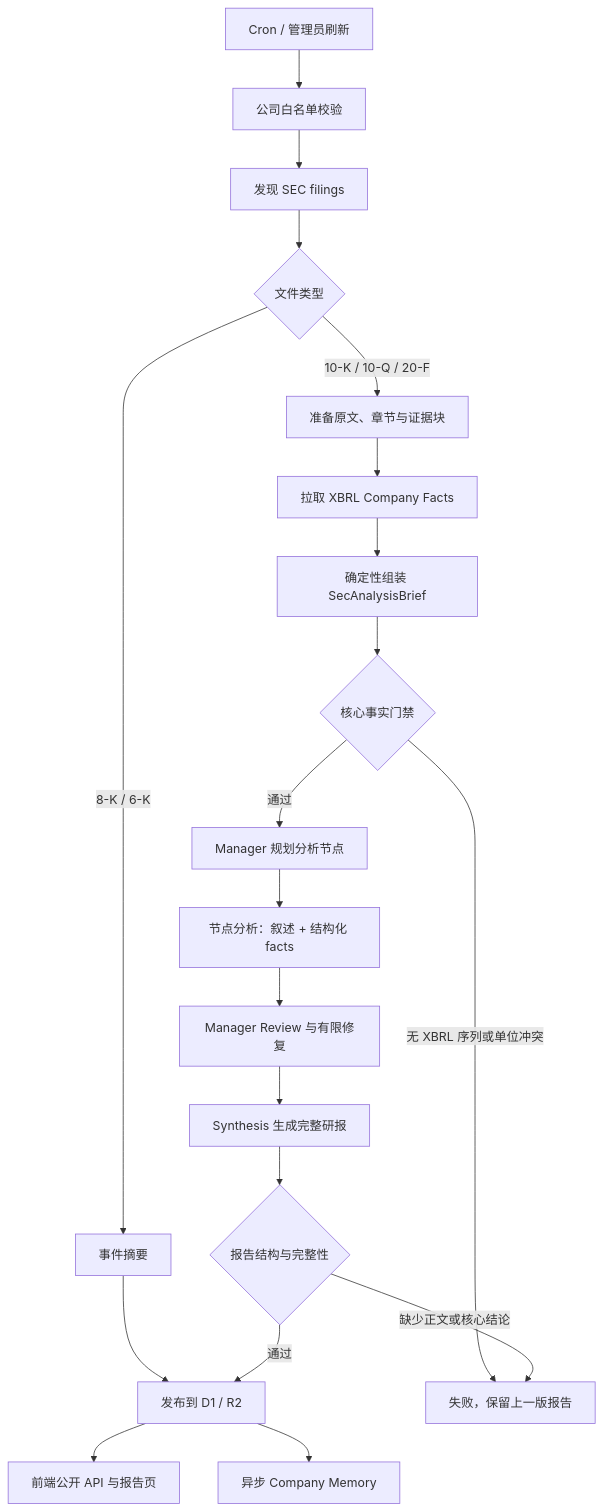
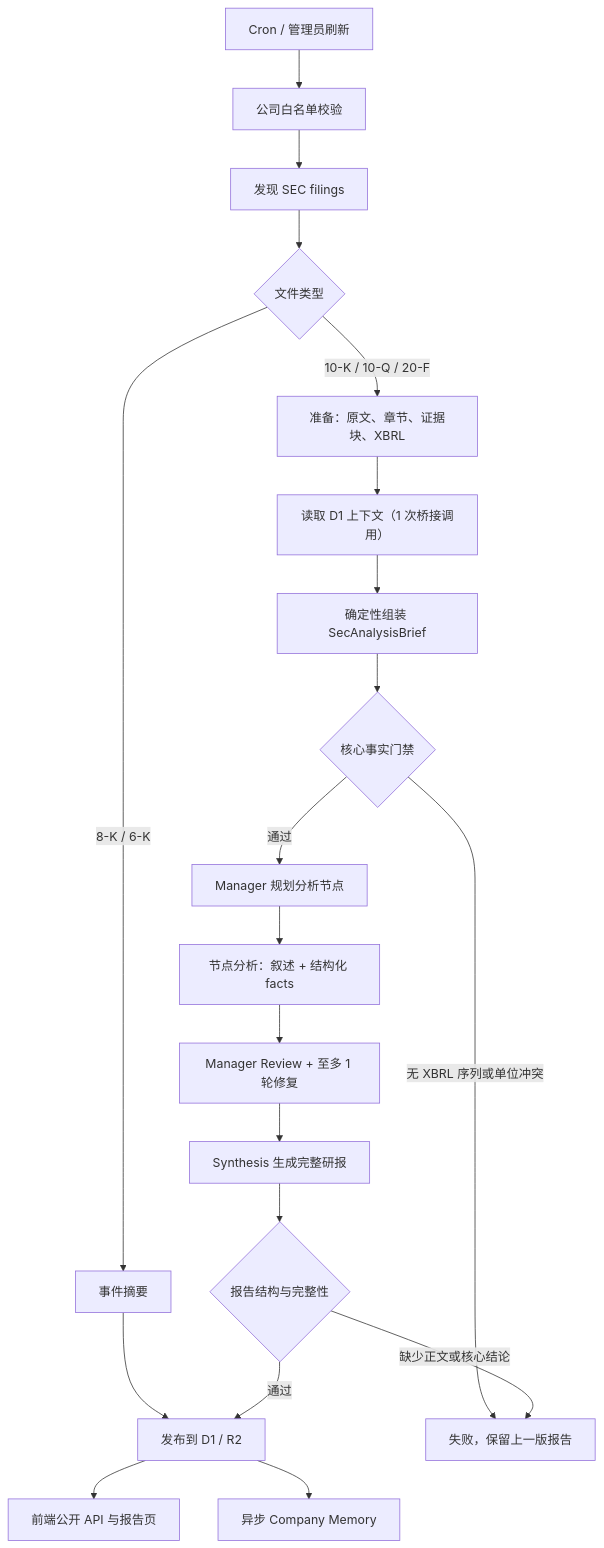
One commit to Paikchu/earning-report-analysis changed the diagram in docs/sec-workflow-architecture.md. Above: the diagram before and after it, drawn with Mermaid. The commit also changed other lines of this file, not shown here.

````diff
--- a/docs/sec-workflow-architecture.md
+++ b/docs/sec-workflow-architecture.md
@@ -3,24 +3,24 @@
 ```mermaid
 flowchart TD
     A["Cron / 管理员刷新"] --> B["公司白名单校验"]
     B --> C["发现 SEC filings"]
     C --> D{"文件类型"}
 
     D -->|"8-K / 6-K"| E["事件摘要"]
     E --> P["发布到 D1 / R2"]
 
-    D -->|"10-K / 10-Q / 20-F"| F["准备原文、章节与证据块"]
-    F --> G["拉取 XBRL Company Facts"]
+    D -->|"10-K / 10-Q / 20-F"| F["准备：原文、章节、证据块、XBRL"]
+    F --> G["读取 D1 上下文（1 次桥接调用）"]
     G --> H["确定性组装 SecAnalysisBrief"]
     H --> I{"核心事实门禁"}
     I -->|"无 XBRL 序列或单位冲突"| X["失败，保留上一版报告"]
     I -->|"通过"| J["Manager 规划分析节点"]
     J --> K["节点分析：叙述 + 结构化 facts"]
-    K --> L["Manager Review 与有限修复"]
+    K --> L["Manager Review + 至多 1 轮修复"]
     L --> M["Synthesis 生成完整研报"]
     M --> N{"报告结构与完整性"}
     N -->|"缺少正文或核心结论"| X
     N -->|"通过"| P
     P --> Q["前端公开 API 与报告页"]
     P --> R["异步 Company Memory"]
 ```
````
